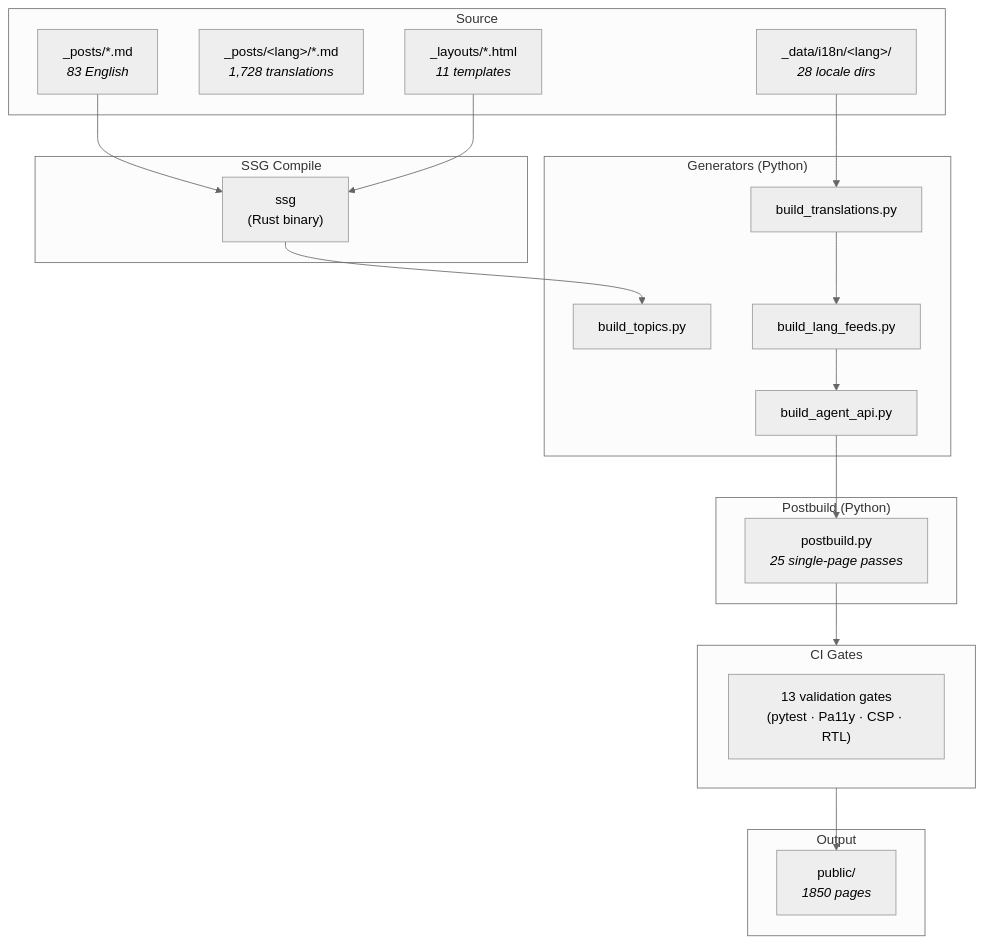
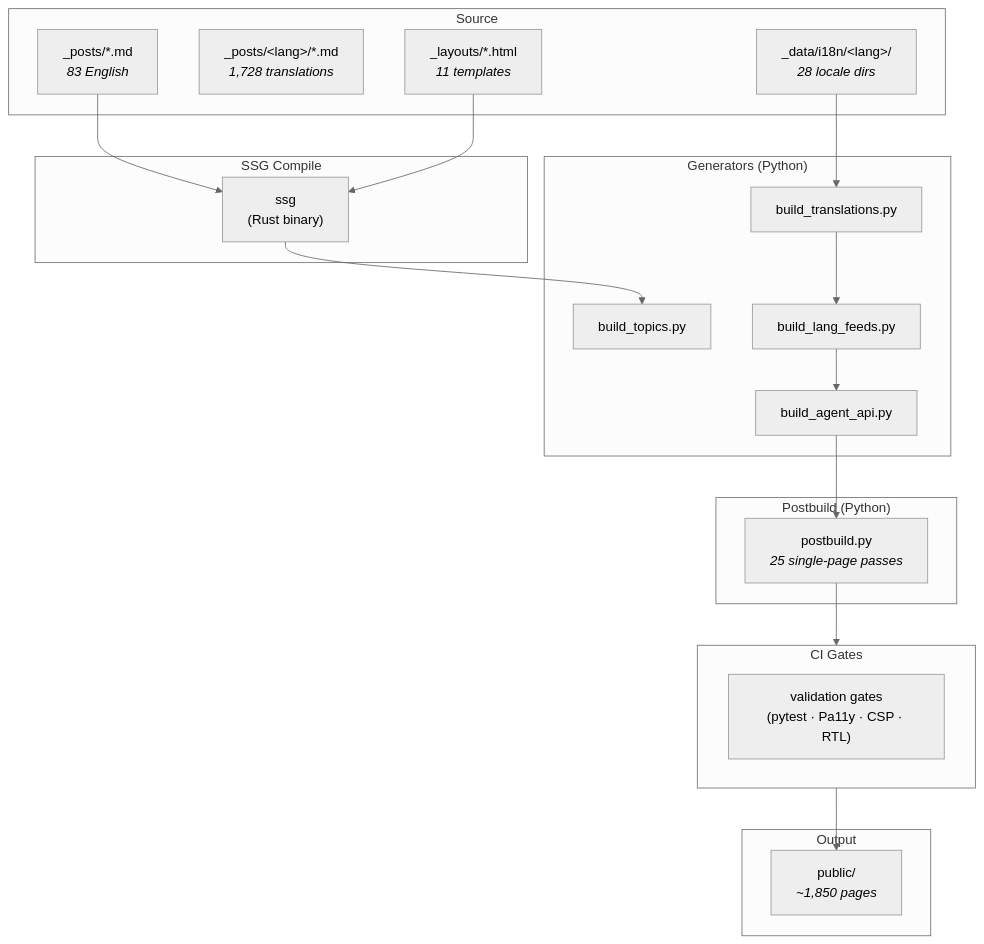
Before and after one commit to sebastienrousseau/sebastienrousseau.github.io: the first of 3 diagrams in README.md, drawn with Mermaid. The commit also changed other lines of this file and 4 other files, not shown here.

````diff
--- a/README.md
+++ b/README.md
@@ -73,43 +96,43 @@
 ```mermaid
 %%{init: {'theme':'neutral'} }%%
 flowchart TB
  subgraph SRC["Source"]
  EN["_posts/*.md<br/><i>83 English</i>"]
  T["_posts/&lt;lang&gt;/*.md<br/><i>1,728 translations</i>"]
  L["_layouts/*.html<br/><i>11 templates</i>"]
  D["_data/i18n/&lt;lang&gt;/<br/><i>28 locale dirs</i>"]
  end
 
  subgraph SSG["SSG Compile"]
  COMP["ssg<br/>(Rust binary)"]
  end
 
  subgraph GEN["Generators (Python)"]
  BT["build_topics.py"]
  BR["build_translations.py"]
  BF["build_lang_feeds.py"]
  BA["build_agent_api.py"]
  end
 
  subgraph POST["Postbuild (Python)"]
  PB["postbuild.py<br/><i>25 single-page passes</i>"]
  end
 
  subgraph CI["CI Gates"]
- G["13 validation gates<br/>(pytest · Pa11y · CSP · RTL)"]
+ G["validation gates<br/>(pytest · Pa11y · CSP · RTL)"]
  end
 
  subgraph OUT["Output"]
- P["public/<br/><i>1850 pages</i>"]
+ P["public/<br/><i>~1,850 pages</i>"]
  end
 
  EN --> COMP
  L --> COMP
  COMP --> BT
  D --> BR
  BR --> BF
  BF --> BA
  BA --> PB
  PB --> CI
  CI --> P
 ```
````
